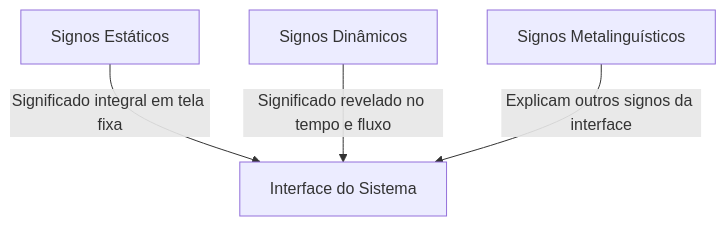
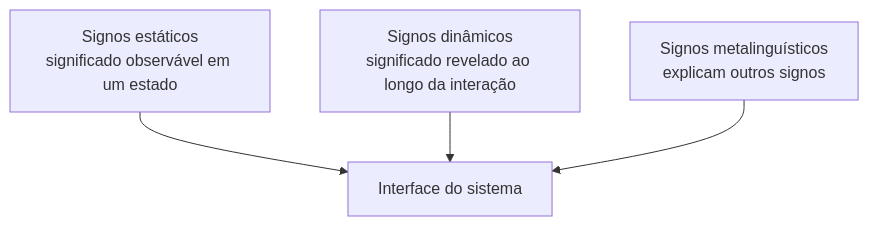
Before and after one commit to leorruas/puc: the second of 3 diagrams in 08. Design de Interacao/09. Engenharia semiótica - comunicação usuário-sistema e metacomunicação usuário-designer.md, drawn with Mermaid. The commit also changed other lines of this file, not shown here.

Commit message:
Normaliza Mermaid de engenharia semiótica

````diff
--- a/08. Design de Interacao/09. Engenharia semiótica - comunicação usuário-sistema e metacomunicação usuário-designer.md
+++ b/08. Design de Interacao/09. Engenharia semiótica - comunicação usuário-sistema e metacomunicação usuário-designer.md
@@ -100,6 +99,11 @@
 ```mermaid
 flowchart TD
-    SE["Signos Estáticos"] -->|Significado integral em tela fixa| M["Interface do Sistema"]
-    SD["Signos Dinâmicos"] -->|Significado revelado no tempo e fluxo| M
-    SM["Signos Metalinguísticos"] -->|Explicam outros signos da interface| M
+    Interface["Interface do sistema"]:::core
+    Estaticos["Signos estáticos<br>significado observável em um estado"]:::component
+    Dinamicos["Signos dinâmicos<br>significado revelado ao longo da interação"]:::component
+    Meta["Signos metalinguísticos<br>explicam outros signos"]:::data
+
+    Estaticos --> Interface
+    Dinamicos --> Interface
+    Meta --> Interface
 ```
````
